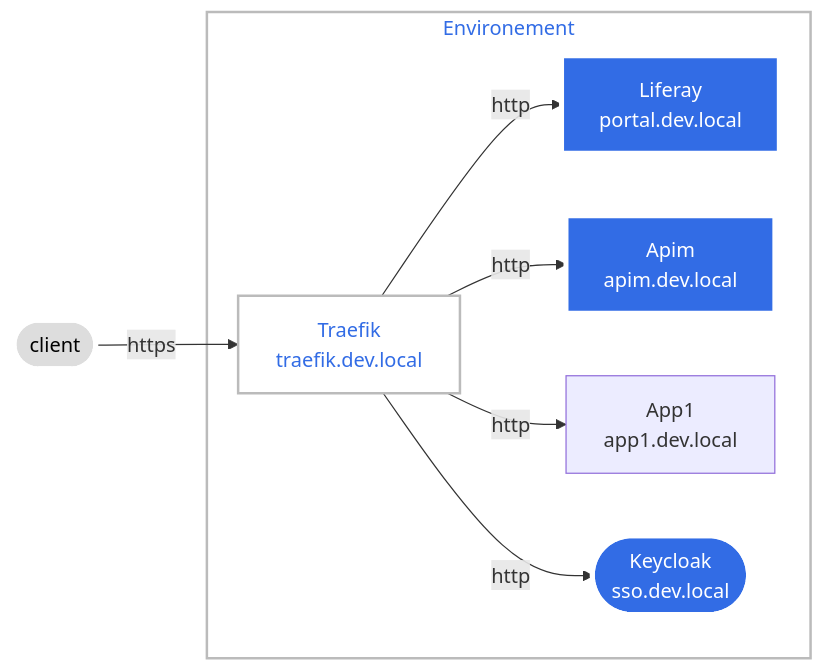
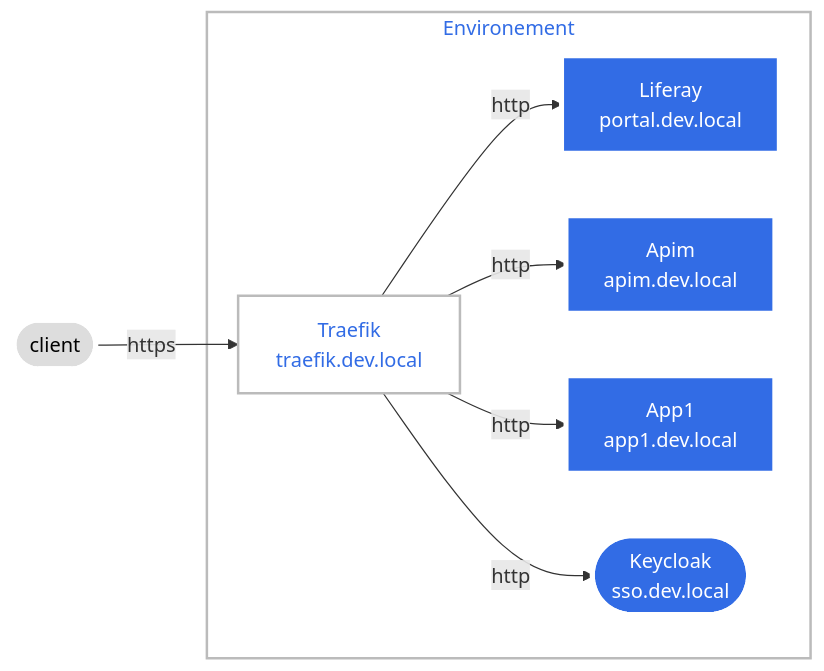
One commit to ThierryTouin/liferay-oauth-test changed the first of 2 diagrams in poc1-reactjs-liferay-keycloak/README.markdown. Above: the diagram before and after it, drawn with Mermaid.

Commit message:
Manager App1 in traefik

````diff
--- a/poc1-reactjs-liferay-keycloak/README.markdown
+++ b/poc1-reactjs-liferay-keycloak/README.markdown
@@ -5,35 +5,35 @@
 ```mermaid
 graph  LR
 
 %% Nodes
 
 RProxy[Traefik<br>traefik.dev.local]
 Portal[Liferay<br>portal.dev.local]
 Apim[Apim<br>apim.dev.local]
 App1[App1<br>app1.dev.local]
 C([client])
 SSO([Keycloak<br>sso.dev.local])
 
 
 %% Links	
 
 C -- https --> RProxy;
 subgraph Environement
     RProxy -- http --> SSO;
     RProxy -- http --> Portal;
     RProxy -- http --> App1;
     RProxy -- http --> Apim;
 end
 
 %% Defining node styles
 
   classDef plain fill:#ddd,stroke:#fff,stroke-width:4px,color:#000;
   classDef k8s fill:#326ce5,stroke:#fff,stroke-width:4px,color:#fff;
   classDef cluster fill:#fff,stroke:#bbb,stroke-width:2px,color:#326ce5;
   
 %% Assigning styles to nodes
 
-  class Portal,SSO,Apim,app1 k8s;
+  class Portal,SSO,Apim,App1 k8s;
   class C plain;
   class RProxy cluster;
 ```
````
